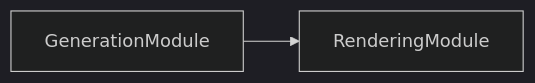
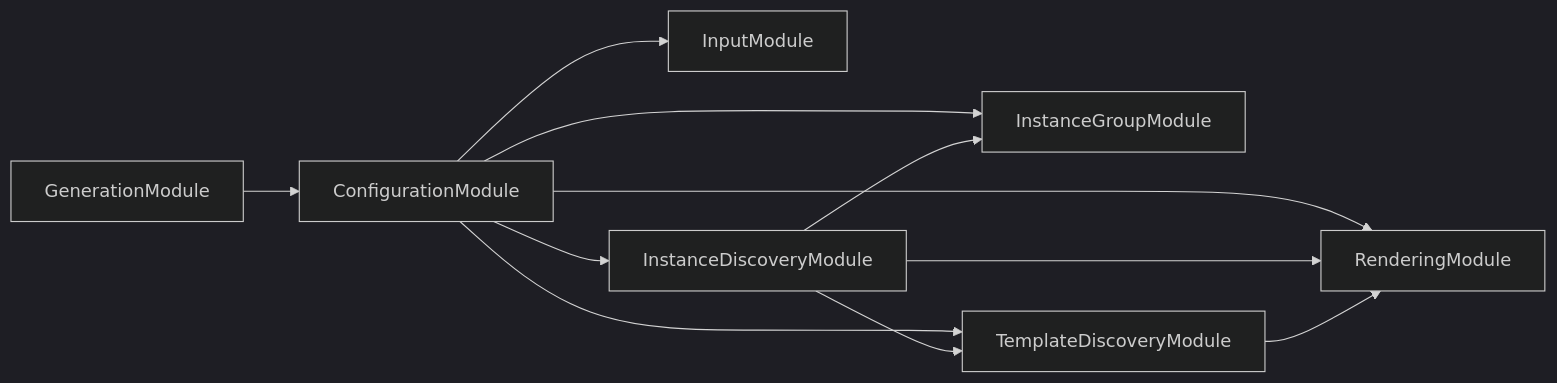
Before and after one commit to JimmyPaolini/codebase: the second of 3 diagrams in packages/ic-suite/conformetry/conformetry-generation/README.md, drawn with Mermaid (dark theme). The commit also changed 17 other files, not shown here.

````diff
--- a/packages/ic-suite/conformetry/conformetry-generation/README.md
+++ b/packages/ic-suite/conformetry/conformetry-generation/README.md
@@ -170,6 +170,20 @@
 ```mermaid
 flowchart LR
+  ConfigurationModule
   GenerationModule
+  InputModule
+  InstanceDiscoveryModule
+  InstanceGroupModule
   RenderingModule
-  GenerationModule --> RenderingModule
+  TemplateDiscoveryModule
+  ConfigurationModule --> InputModule
+  ConfigurationModule --> InstanceDiscoveryModule
+  ConfigurationModule --> InstanceGroupModule
+  ConfigurationModule --> RenderingModule
+  ConfigurationModule --> TemplateDiscoveryModule
+  GenerationModule --> ConfigurationModule
+  InstanceDiscoveryModule --> InstanceGroupModule
+  InstanceDiscoveryModule --> RenderingModule
+  InstanceDiscoveryModule --> TemplateDiscoveryModule
+  TemplateDiscoveryModule --> RenderingModule
 ```
````
